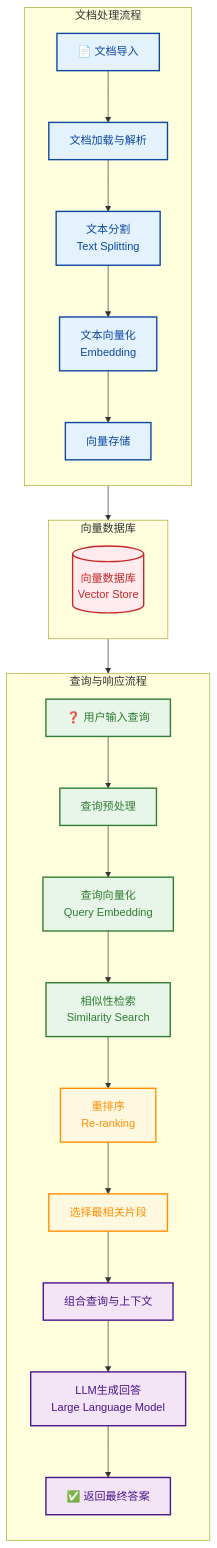
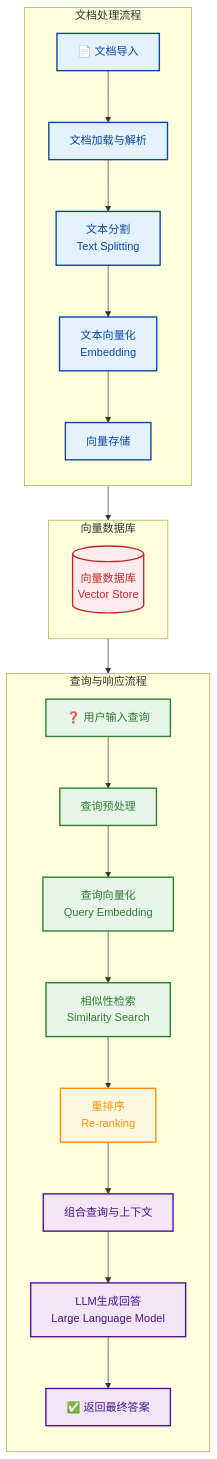
Before and after one commit to Anthonybuer182/ai-chat-rag: the first of 3 diagrams in README.md, drawn with Mermaid.

Commit message:
去除节点

````diff
--- a/README.md
+++ b/README.md
@@ -145,50 +145,49 @@
 ```mermaid
 flowchart TD
     %% 左侧列 - 文档处理流程
     subgraph LeftColumn [文档处理流程]
         direction TB
         A1[📄 文档导入] --> A2[文档加载与解析]
         A2 --> A3[文本分割<br>Text Splitting]
         A3 --> A4[文本向量化<br>Embedding]
         A4 --> A5[向量存储]
     end
 
     %% 中间列 - 向量数据库
     subgraph MiddleColumn [向量数据库]
         direction TB
         DB[(向量数据库<br>Vector Store)]
     end
     
     %% 右侧列 - 查询与响应流程
     subgraph RightColumn [查询与响应流程]
         direction TB
         B1[❓ 用户输入查询] --> B2[查询预处理]
         B2 --> B3[查询向量化<br>Query Embedding]
         B3 --> B4[相似性检索<br>Similarity Search]
         B4 --> C1[重排序<br>Re-ranking]
-        C1 --> C2[选择最相关片段]
-        C2 --> D1[组合查询与上下文]
+        C1 --> D1[组合查询与上下文]
         D1 --> D2[LLM生成回答<br>Large Language Model]
         D2 --> D3[✅ 返回最终答案]
     end
     
     %% 连接左侧和中间列
     A5 --> DB
     
     %% 连接中间列和右侧列
     DB --> B4
     
     %% 样式定义
     classDef docProcess fill:#E3F2FD,stroke:#0D47A1,stroke-width:2px,color:#0D47A1;
     classDef vectorDB fill:#FFEBEE,stroke:#C62828,stroke-width:2px,color:#C62828;
     classDef queryProcess fill:#E8F5E9,stroke:#2E7D32,stroke-width:2px,color:#2E7D32;
     classDef rerankProcess fill:#FFF8E1,stroke:#FF8F00,stroke-width:2px,color:#FF8F00;
     classDef responseProcess fill:#F3E5F5,stroke:#4A148C,stroke-width:2px,color:#4A148C;
     
     %% 应用样式
     class A1,A2,A3,A4,A5 docProcess;
     class DB vectorDB;
     class B1,B2,B3,B4 queryProcess;
     class C1,C2 rerankProcess;
     class D1,D2,D3 responseProcess;
 ```
````
